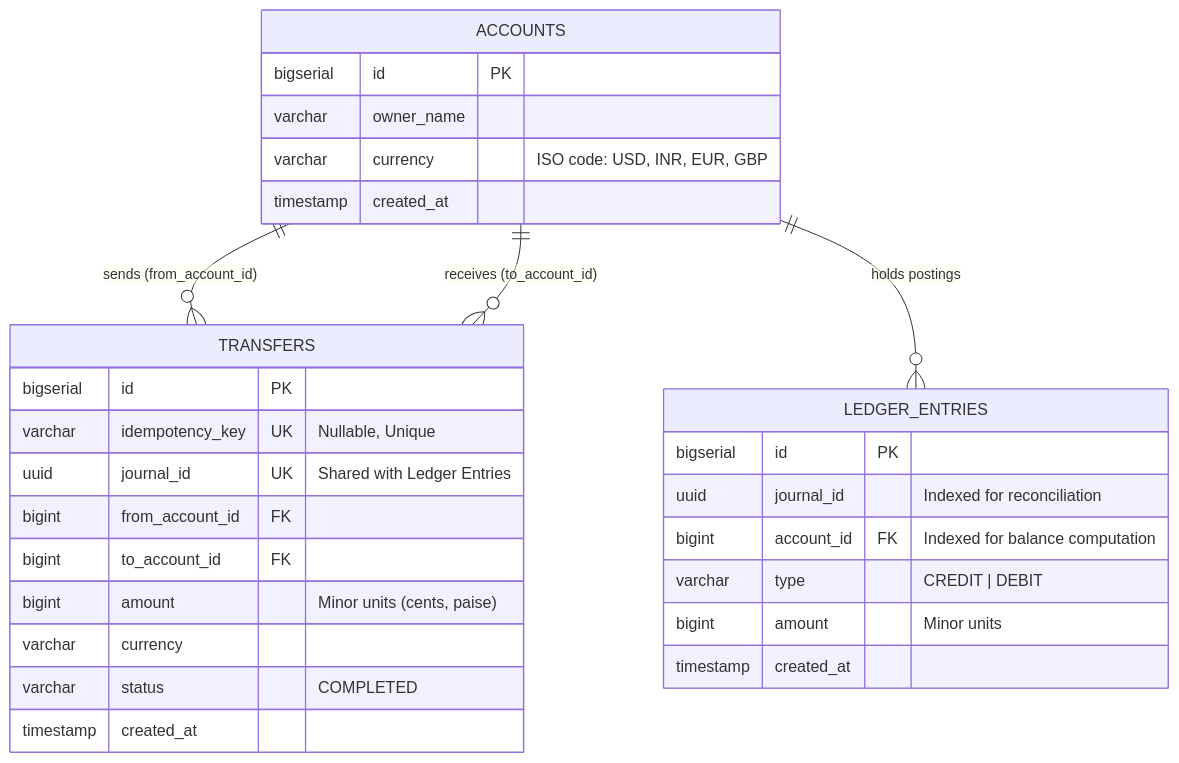
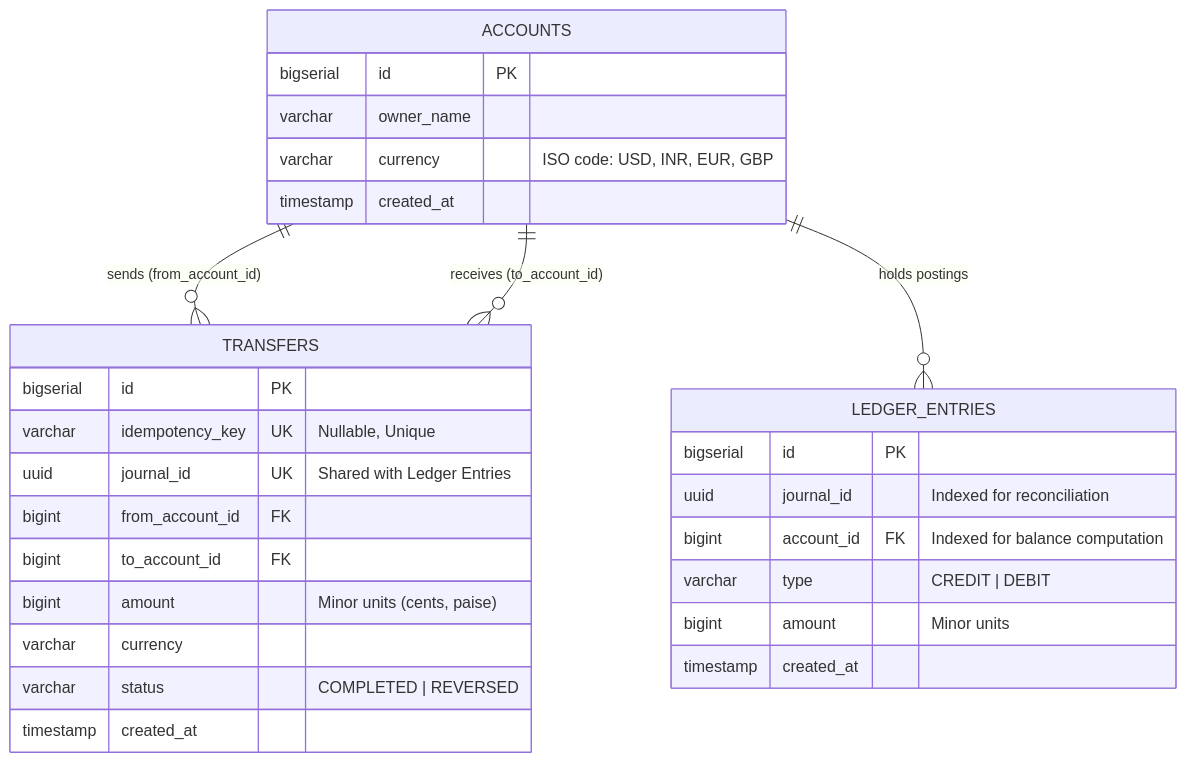
The fourth of 4 diagrams in README.md (yashjangrra/wallet-ledger-service), drawn with Mermaid before and after one commit. The commit also changed other lines of this file and 2 other files, not shown here.

Commit message:
docs: polish README with honest scope note, design trade-offs, and roadmap

````diff
--- a/README.md
+++ b/README.md
@@ -151,34 +154,34 @@
 ```mermaid
 erDiagram
     ACCOUNTS ||--o{ TRANSFERS : "sends (from_account_id)"
     ACCOUNTS ||--o{ TRANSFERS : "receives (to_account_id)"
     ACCOUNTS ||--o{ LEDGER_ENTRIES : "holds postings"
 
     ACCOUNTS {
         bigserial id PK
         varchar owner_name
         varchar currency "ISO code: USD, INR, EUR, GBP"
         timestamp created_at
     }
 
     TRANSFERS {
         bigserial id PK
         varchar idempotency_key UK "Nullable, Unique"
         uuid journal_id UK "Shared with Ledger Entries"
         bigint from_account_id FK
         bigint to_account_id FK
         bigint amount "Minor units (cents, paise)"
         varchar currency
-        varchar status "COMPLETED"
+        varchar status "COMPLETED | REVERSED"
         timestamp created_at
     }
 
     LEDGER_ENTRIES {
         bigserial id PK
         uuid journal_id "Indexed for reconciliation"
         bigint account_id FK "Indexed for balance computation"
         varchar type "CREDIT | DEBIT"
         bigint amount "Minor units"
         timestamp created_at
     }
 ```
````
